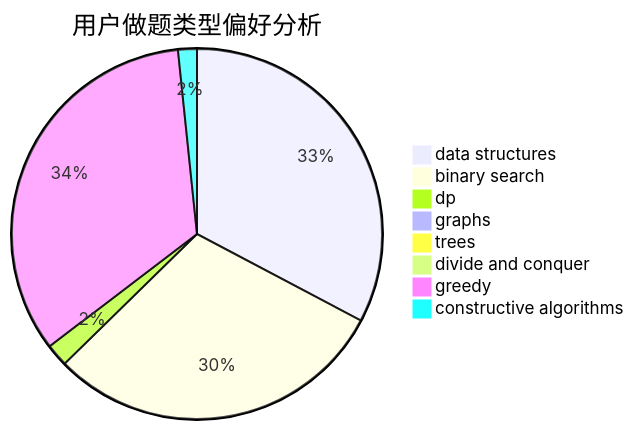
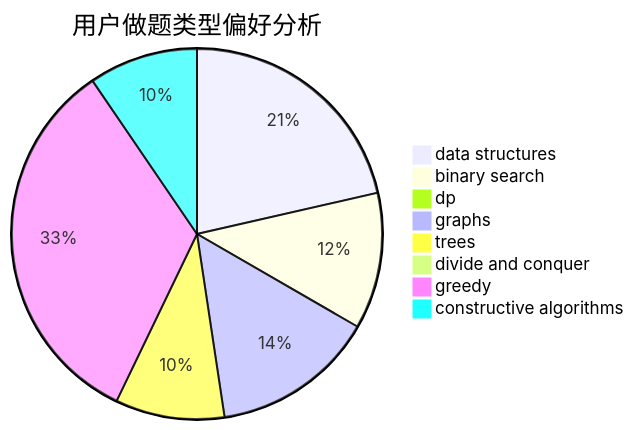
One commit to sherpahu/cfrs.github.io changed the second of 3 diagrams in docs/user/u2394.md. Above: the diagram before and after it, drawn with Mermaid. The commit also changed other lines of this file and 2770 other files, not shown here.

````diff
--- a/docs/user/u2394.md
+++ b/docs/user/u2394.md
@@ -23,11 +23,11 @@
 ```mermaid
 pie title 用户做题类型偏好分析
-    "data structures" :  199
-    "binary search" :  182
-    "dp" :  12
-    "graphs" :  2
-    "trees" :  1
+    "data structures" :  9
+    "binary search" :  5
+    "dp" :  0
+    "graphs" :  6
+    "trees" :  4
     "divide and conquer" :  0
-    "greedy" :  205
-    "constructive algorithms" :  10
+    "greedy" :  14
+    "constructive algorithms" :  4
 ```
````
